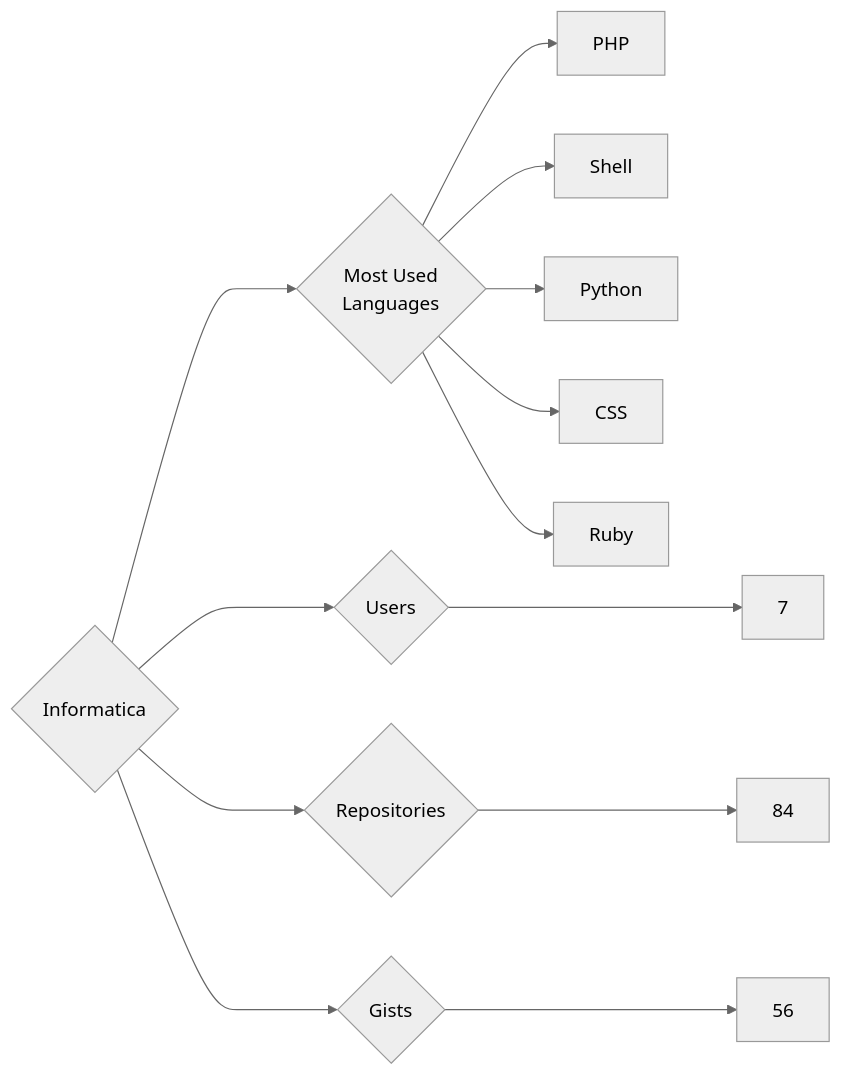
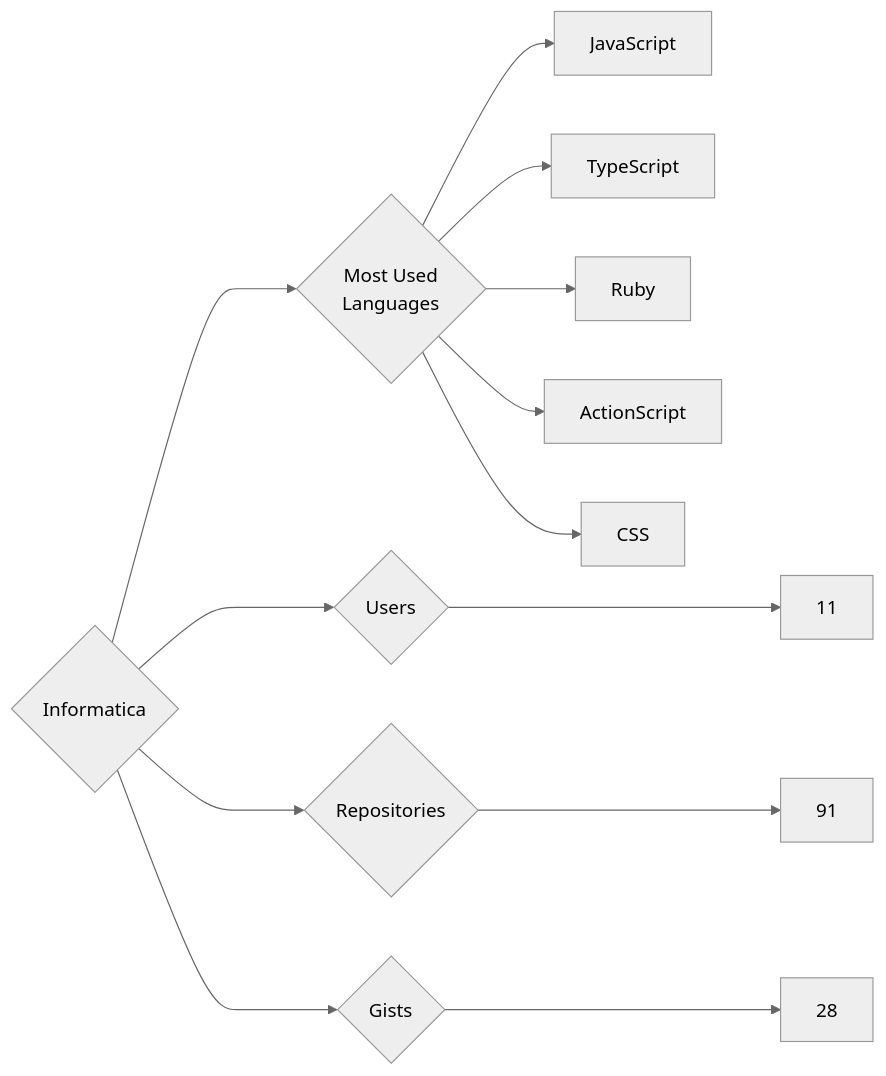
Before and after one commit to trickest/insiders: the diagram in targets/Informatica/README.md, drawn with Mermaid (neutral theme). The commit also changed 1078 other files, not shown here.

````diff
--- a/targets/Informatica/README.md
+++ b/targets/Informatica/README.md
@@ -3,13 +3,13 @@
 ```mermaid
 graph LR
 COMPANY_NAME{Informatica}
-COMPANY_NAME ---> U{Users} ---> UN[7]
-COMPANY_NAME ---> R{Repositories} ---> RN[84]
-COMPANY_NAME ---> G{Gists} ---> GN[56]
+COMPANY_NAME ---> U{Users} ---> UN[11]
+COMPANY_NAME ---> R{Repositories} ---> RN[91]
+COMPANY_NAME ---> G{Gists} ---> GN[28]
 COMPANY_NAME ---> ML{Most Used<br>Languages}
-ML --> PHP[PHP]
-ML --> Shell[Shell]
-ML --> Python[Python]
+ML --> JavaScript[JavaScript]
+ML --> TypeScript[TypeScript]
+ML --> Ruby[Ruby]
+ML --> ActionScript[ActionScript]
 ML --> CSS[CSS]
-ML --> Ruby[Ruby]
 ```
````
